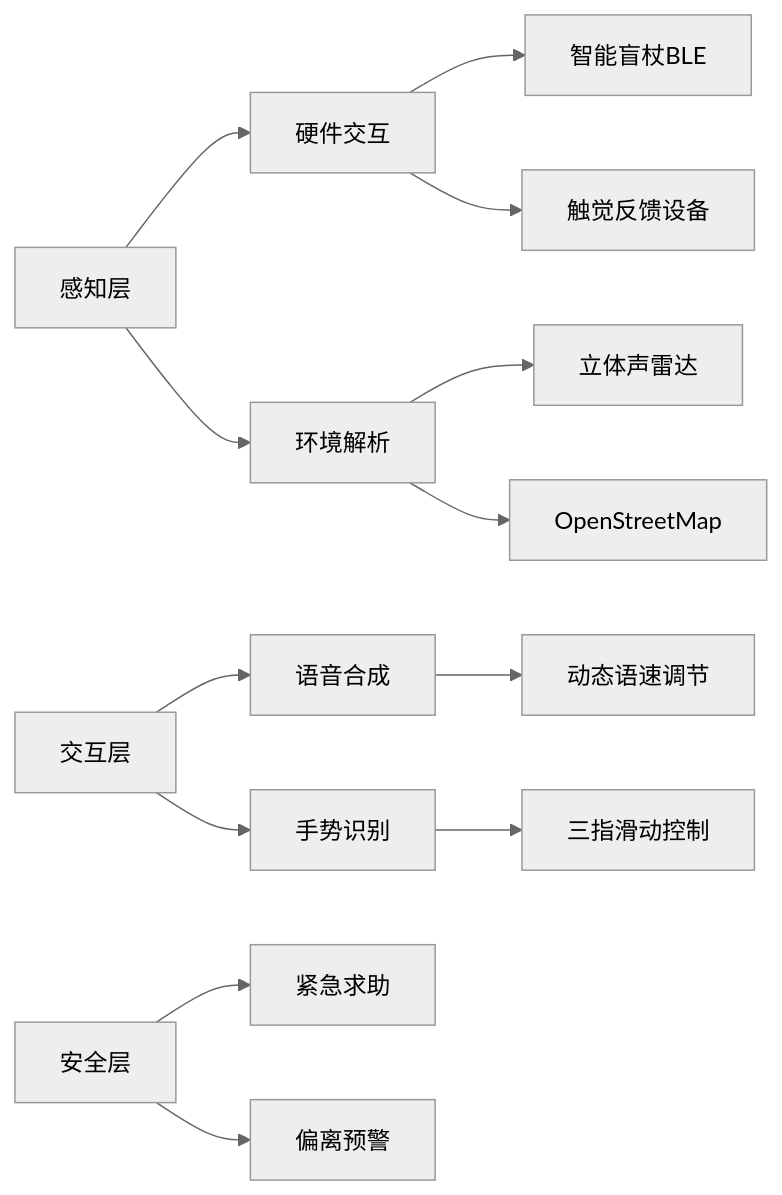
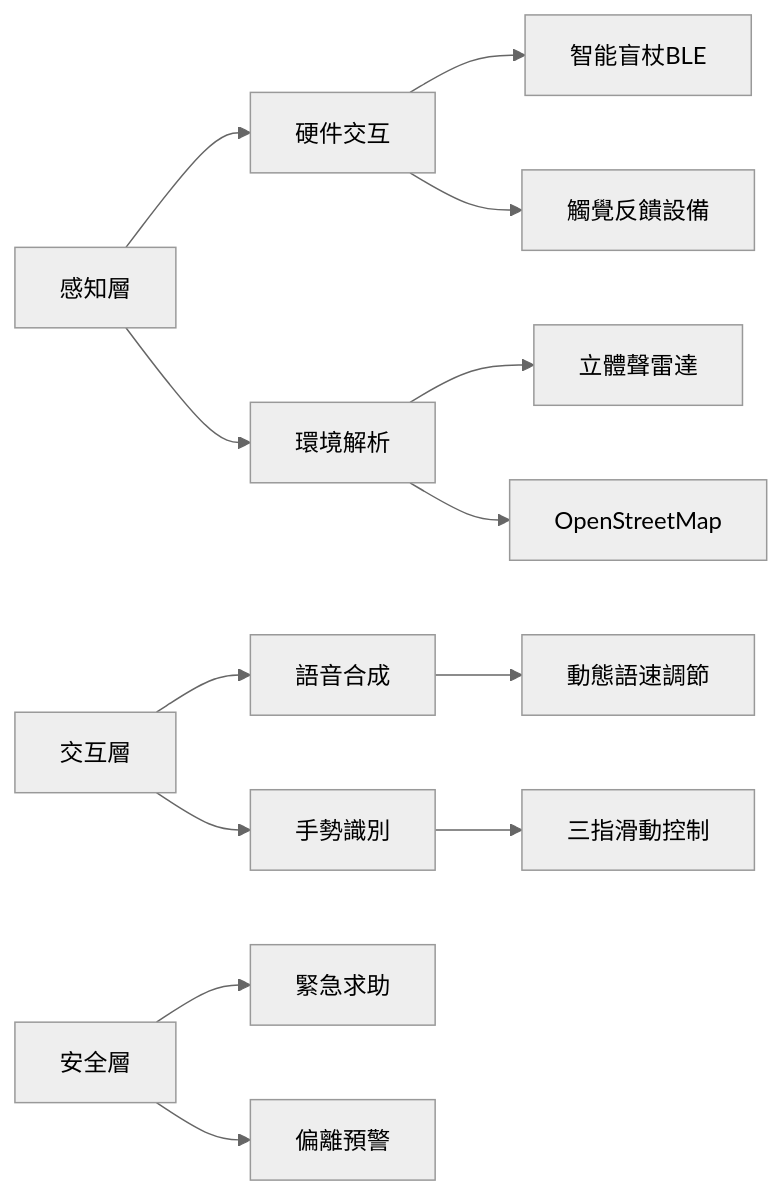
Before and after one commit to kch0i/Invisible_Travel: the first of 4 diagrams in README.md, drawn with Mermaid (neutral theme). The commit also changed other lines of this file and 1 other file, not shown here.

````diff
--- a/README.md
+++ b/README.md
@@ -43,17 +43,17 @@
 ```mermaid
 graph LR
-    F[感知层] --> G[硬件交互]
-    F --> H[环境解析]
+    F[感知層] --> G[硬件交互]
+    F --> H[環境解析]
     G --> G1[智能盲杖BLE]
-    G --> G2[触觉反馈设备]
-    H --> H1[立体声雷达]
+    G --> G2[觸覺反饋設備]
+    H --> H1[立體聲雷達]
     H --> H2[OpenStreetMap]
   
-    I[交互层] --> J[语音合成]
-    I --> K[手势识别]
-    J --> J1[动态语速调节]
-    K --> K1[三指滑动控制]
+    I[交互層] --> J[語音合成]
+    I --> K[手勢識別]
+    J --> J1[動態語速調節]
+    K --> K1[三指滑動控制]
   
-    L[安全层] --> M[紧急求助]
-    L --> N[偏离预警]
+    L[安全層] --> M[緊急求助]
+    L --> N[偏離預警]
 ```
````
